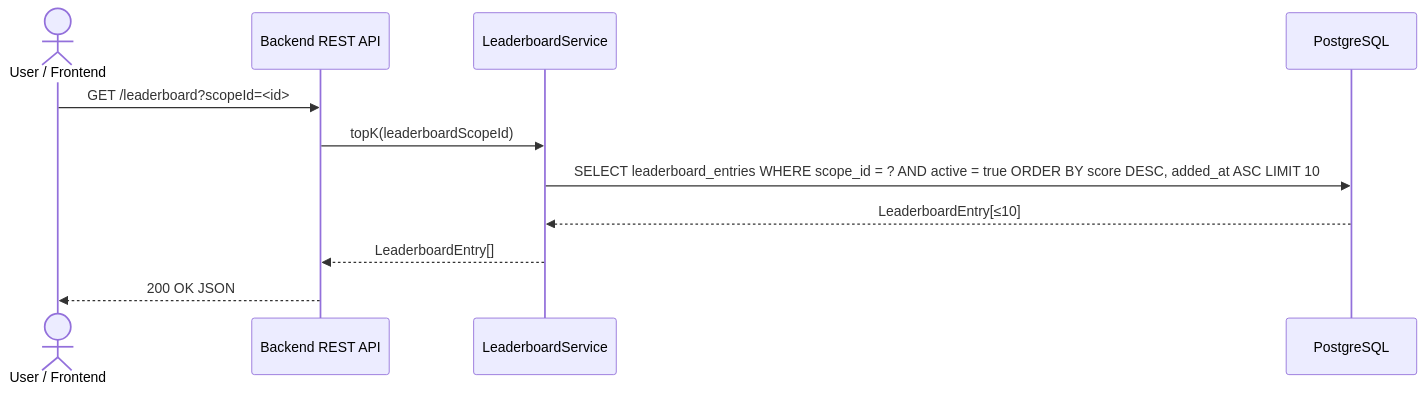
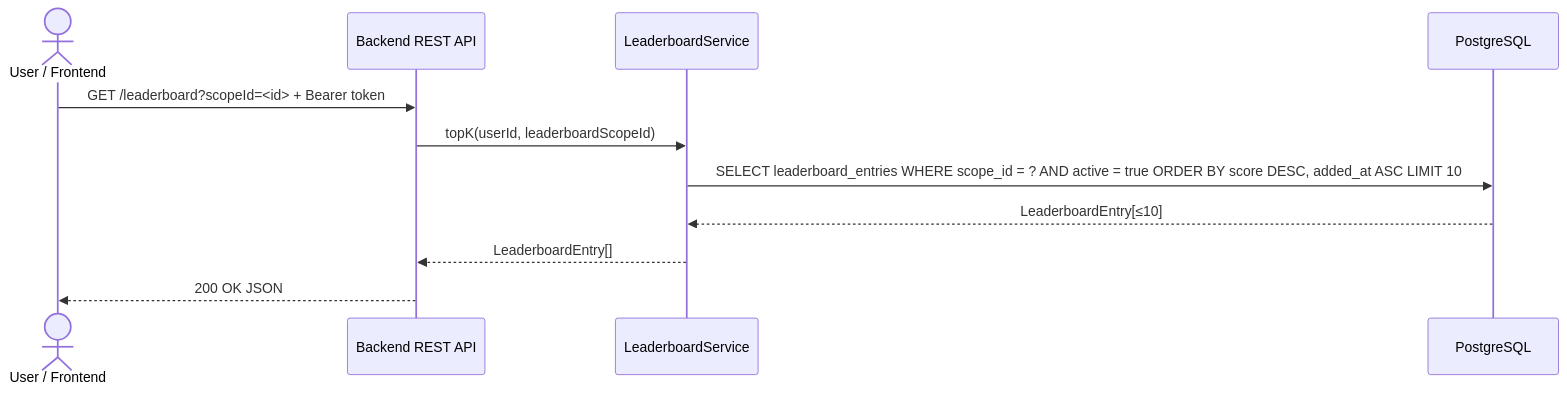
One commit to thanhdatttt/Cryptox changed the fourth of 7 diagrams in openspec/specs/ranking-spec.md. Above: the diagram before and after it, drawn with Mermaid. The commit also changed other lines of this file and 10 other files, not shown here.

````diff
--- a/openspec/specs/ranking-spec.md
+++ b/openspec/specs/ranking-spec.md
@@ -248,14 +256,14 @@
 ```mermaid
 sequenceDiagram
     actor U as User / Frontend
     participant API as Backend REST API
     participant LB as LeaderboardService
     participant PG as PostgreSQL
 
-    U->>API: GET /leaderboard?scopeId=<id>
-    API->>LB: topK(leaderboardScopeId)
+    U->>API: GET /leaderboard?scopeId=<id> + Bearer token
+    API->>LB: topK(userId, leaderboardScopeId)
     LB->>PG: SELECT leaderboard_entries WHERE scope_id = ? AND active = true ORDER BY score DESC, added_at ASC LIMIT 10
     PG-->>LB: LeaderboardEntry[≤10]
     LB-->>API: LeaderboardEntry[]
     API-->>U: 200 OK JSON
 ```
````
